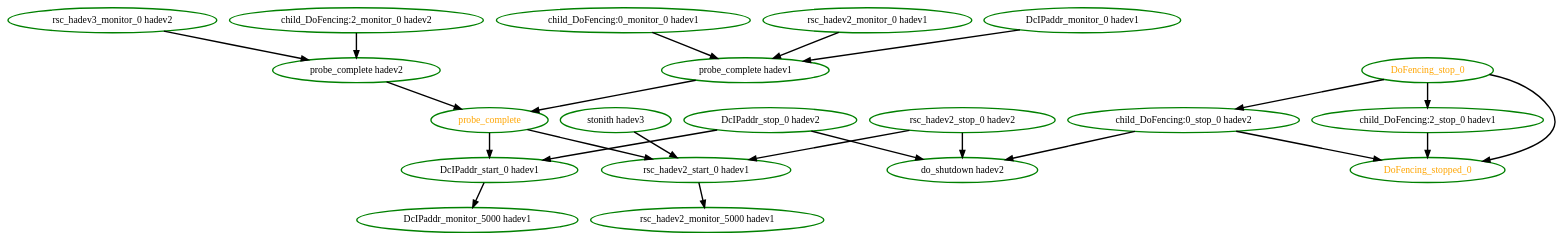
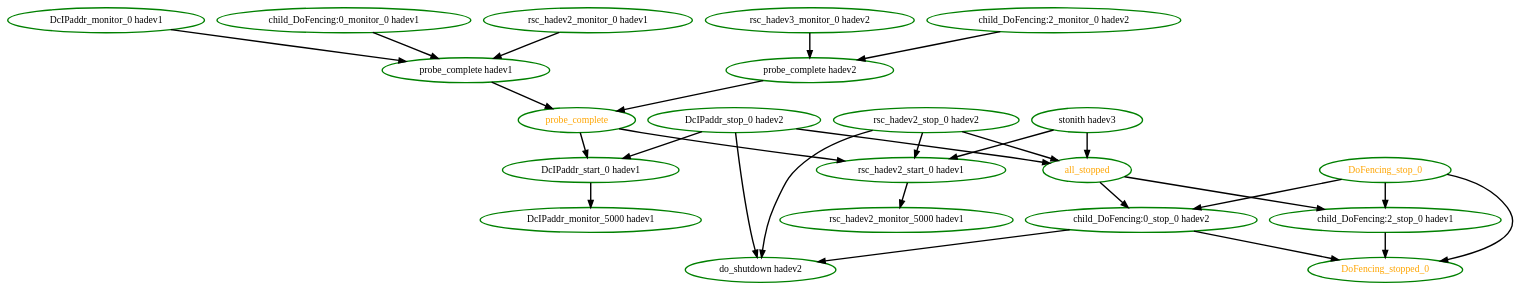
Before and after one commit to richiewen8/heartbeat: the diagram in crm/pengine/testcases/594.dot, drawn with Graphviz. The commit also changed 33 other files, not shown here.

Commit message:
PE: STONITH Shutdown ordering * Ensure all stonith actions are complete before stopping stonith resources * Ensure all regular resources are stopped before stopping stonith resources

```diff
--- a/crm/pengine/testcases/594.dot
+++ b/crm/pengine/testcases/594.dot
@@ -1,44 +1,50 @@
  digraph "g" {
 "DcIPaddr_monitor_0 hadev1" -> "probe_complete hadev1" [ style = bold]
 "DcIPaddr_monitor_0 hadev1" [ style=bold color="green" fontcolor="black" ]
 "DcIPaddr_monitor_5000 hadev1" [ style=bold color="green" fontcolor="black" ]
 "DcIPaddr_start_0 hadev1" -> "DcIPaddr_monitor_5000 hadev1" [ style = bold]
 "DcIPaddr_start_0 hadev1" [ style=bold color="green" fontcolor="black" ]
 "DcIPaddr_stop_0 hadev2" -> "DcIPaddr_start_0 hadev1" [ style = bold]
+"DcIPaddr_stop_0 hadev2" -> "all_stopped" [ style = bold]
 "DcIPaddr_stop_0 hadev2" -> "do_shutdown hadev2" [ style = bold]
 "DcIPaddr_stop_0 hadev2" [ style=bold color="green" fontcolor="black" ]
 "DoFencing_stop_0" -> "DoFencing_stopped_0" [ style = bold]
 "DoFencing_stop_0" -> "child_DoFencing:0_stop_0 hadev2" [ style = bold]
 "DoFencing_stop_0" -> "child_DoFencing:2_stop_0 hadev1" [ style = bold]
 "DoFencing_stop_0" [ style=bold color="green" fontcolor="orange" ]
 "DoFencing_stopped_0" [ style=bold color="green" fontcolor="orange" ]
+"all_stopped" -> "child_DoFencing:0_stop_0 hadev2" [ style = bold]
+"all_stopped" -> "child_DoFencing:2_stop_0 hadev1" [ style = bold]
+"all_stopped" [ style=bold color="green" fontcolor="orange"  ]
 "child_DoFencing:0_monitor_0 hadev1" -> "probe_complete hadev1" [ style = bold]
 "child_DoFencing:0_monitor_0 hadev1" [ style=bold color="green" fontcolor="black" ]
 "child_DoFencing:0_stop_0 hadev2" -> "DoFencing_stopped_0" [ style = bold]
 "child_DoFencing:0_stop_0 hadev2" -> "do_shutdown hadev2" [ style = bold]
 "child_DoFencing:0_stop_0 hadev2" [ style=bold color="green" fontcolor="black" ]
 "child_DoFencing:2_monitor_0 hadev2" -> "probe_complete hadev2" [ style = bold]
 "child_DoFencing:2_monitor_0 hadev2" [ style=bold color="green" fontcolor="black" ]
 "child_DoFencing:2_stop_0 hadev1" -> "DoFencing_stopped_0" [ style = bold]
 "child_DoFencing:2_stop_0 hadev1" [ style=bold color="green" fontcolor="black" ]
 "do_shutdown hadev2" [ style=bold color="green" fontcolor="black" ]
 "probe_complete hadev1" -> "probe_complete" [ style = bold]
 "probe_complete hadev1" [ style=bold color="green" fontcolor="black" ]
 "probe_complete hadev2" -> "probe_complete" [ style = bold]
 "probe_complete hadev2" [ style=bold color="green" fontcolor="black" ]
 "probe_complete" -> "DcIPaddr_start_0 hadev1" [ style = bold]
 "probe_complete" -> "rsc_hadev2_start_0 hadev1" [ style = bold]
 "probe_complete" [ style=bold color="green" fontcolor="orange" ]
 "rsc_hadev2_monitor_0 hadev1" -> "probe_complete hadev1" [ style = bold]
 "rsc_hadev2_monitor_0 hadev1" [ style=bold color="green" fontcolor="black" ]
 "rsc_hadev2_monitor_5000 hadev1" [ style=bold color="green" fontcolor="black" ]
 "rsc_hadev2_start_0 hadev1" -> "rsc_hadev2_monitor_5000 hadev1" [ style = bold]
 "rsc_hadev2_start_0 hadev1" [ style=bold color="green" fontcolor="black" ]
+"rsc_hadev2_stop_0 hadev2" -> "all_stopped" [ style = bold]
 "rsc_hadev2_stop_0 hadev2" -> "do_shutdown hadev2" [ style = bold]
 "rsc_hadev2_stop_0 hadev2" -> "rsc_hadev2_start_0 hadev1" [ style = bold]
 "rsc_hadev2_stop_0 hadev2" [ style=bold color="green" fontcolor="black" ]
 "rsc_hadev3_monitor_0 hadev2" -> "probe_complete hadev2" [ style = bold]
 "rsc_hadev3_monitor_0 hadev2" [ style=bold color="green" fontcolor="black" ]
+"stonith hadev3" -> "all_stopped" [ style = bold]
 "stonith hadev3" -> "rsc_hadev2_start_0 hadev1" [ style = bold]
 "stonith hadev3" [ style=bold color="green" fontcolor="black" ]
 }
```
